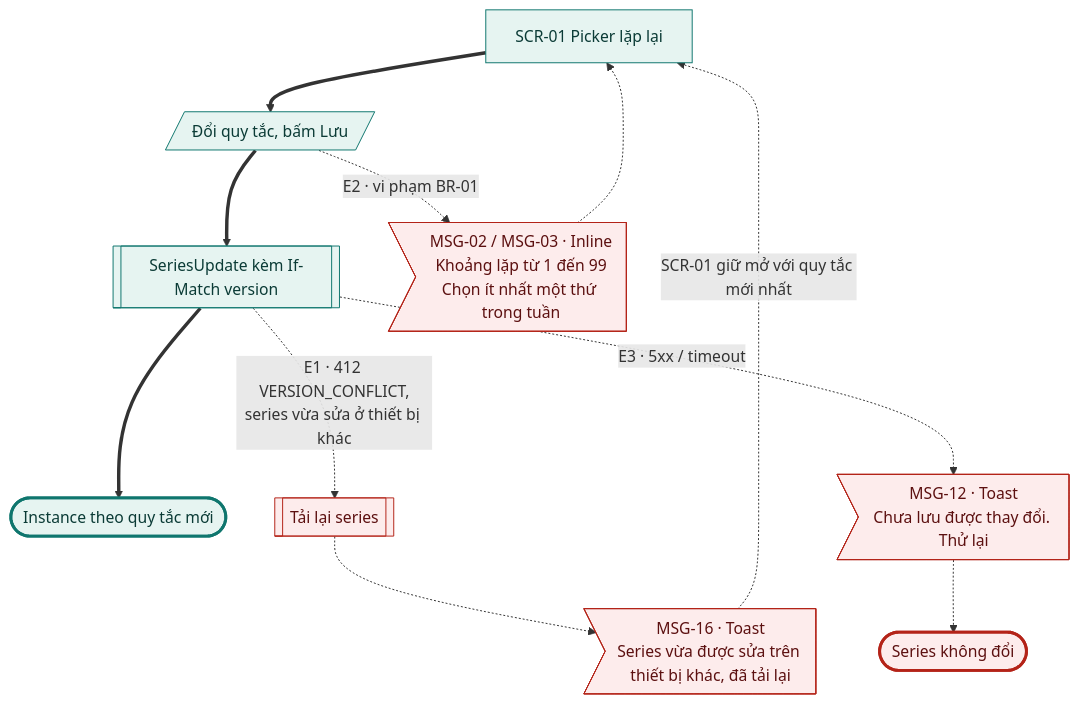
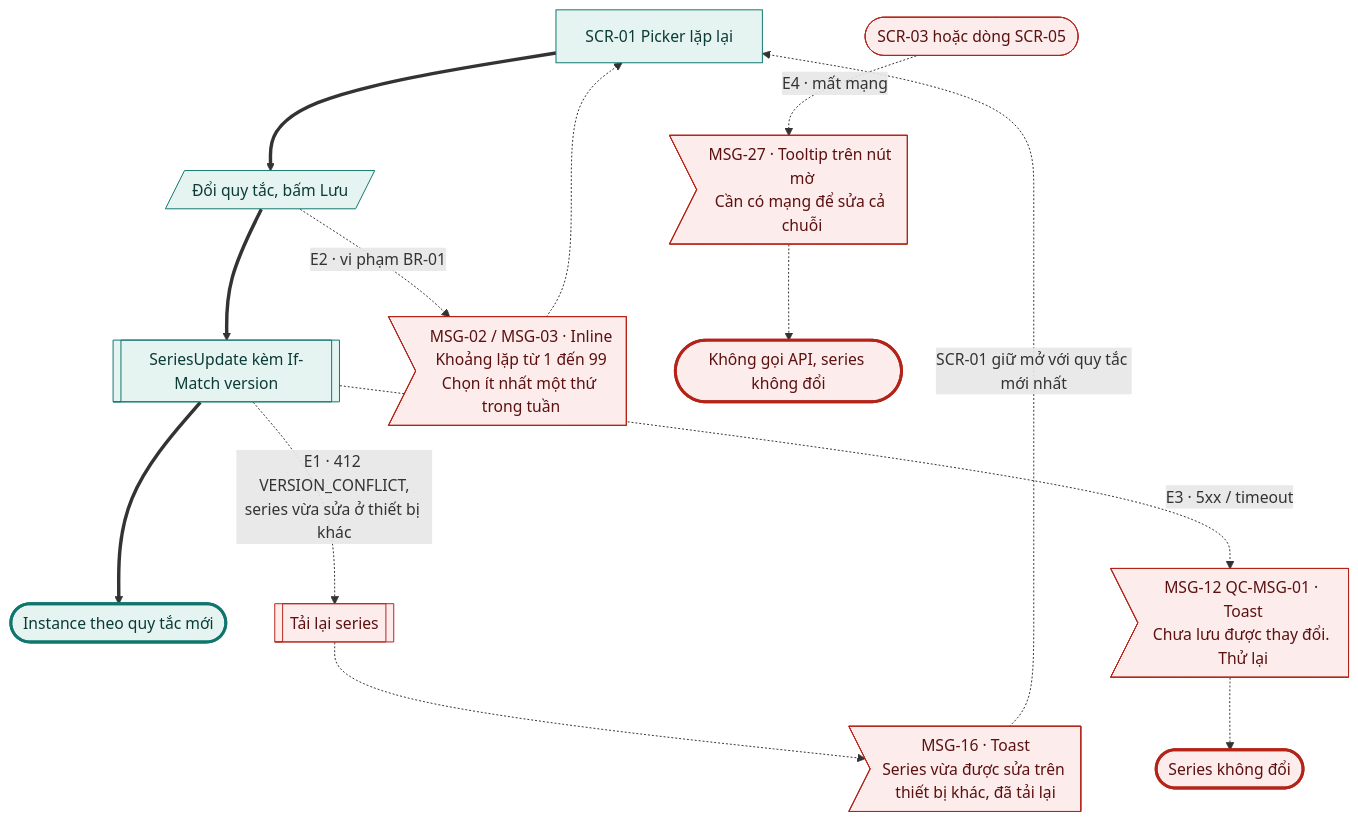
Before and after one commit to tannguyenho/personal-app: diagram 11 of 19 in docs/design-brief/flow/g03-task-lap-lai.md, drawn with Mermaid. The commit also changed other lines of this file and 5 other files, not shown here.

First line of the commit message:
docs(G03, G06): áp quyết định PO 09/11 vào SRS, PRD, flow

````diff
--- a/docs/design-brief/flow/g03-task-lap-lai.md
+++ b/docs/design-brief/flow/g03-task-lap-lai.md
@@ -444,30 +450,32 @@
 ```mermaid
 flowchart TD
   s2["SCR-01 Picker lặp lại"]
   u3[/"Đổi quy tắc, bấm Lưu"/]
   p1[["SeriesUpdate kèm If-Match version"]]
   ok(["Instance theo quy tắc mới"])
   s2 ==> u3 ==> p1 ==> ok
 
   u3 -.->|"E2 · vi phạm BR-01"| e2m>"MSG-02 / MSG-03 · Inline<br/>Khoảng lặp từ 1 đến 99<br/>Chọn ít nhất một thứ trong tuần"]
   e2m -.-> s2
   p1 -.->|"E1 · 412 VERSION_CONFLICT,<br/>series vừa sửa ở thiết bị khác"| e1[["Tải lại series"]]
   e1 -.-> e1m>"MSG-16 · Toast<br/>Series vừa được sửa trên thiết bị khác, đã tải lại"]
   e1m -.->|"SCR-01 giữ mở với quy tắc mới nhất"| s2
-  p1 -.->|"E3 · 5xx / timeout"| e3m>"MSG-12 · Toast<br/>Chưa lưu được thay đổi. Thử lại"]
+  p1 -.->|"E3 · 5xx / timeout"| e3m>"MSG-12 QC-MSG-01 · Toast<br/>Chưa lưu được thay đổi. Thử lại"]
   e3m -.-> fail(["Series không đổi"])
+  e4s(["SCR-03 hoặc dòng SCR-05"]) -.->|"E4 · mất mạng"| e4m>"MSG-27 · Tooltip trên nút mờ<br/>Cần có mạng để sửa cả chuỗi"]
+  e4m -.-> e4(["Không gọi API, series không đổi"])
 
   class s2,u3,p1 happy
-  class e2m,e1,e1m,e3m err
+  class e2m,e1,e1m,e3m,e4s,e4m err
   class ok done
-  class fail fail
+  class fail,e4 fail
   classDef happy fill:#E6F4F1,stroke:#0F766E,color:#0B3B36
   classDef alt fill:#F1F3F5,stroke:#6B7280,color:#1F2937
   classDef err fill:#FDECEC,stroke:#B42318,color:#5C1010
   classDef warn fill:#FEF4E2,stroke:#B45309,color:#4A2604
   classDef ai fill:#F1ECFD,stroke:#6D28D9,color:#2E1065
   classDef sync fill:#FFFFFF,stroke:#6B7280,stroke-dasharray:4 3,color:#1F2937
   classDef link fill:#FFFFFF,stroke:#0F766E,stroke-dasharray:4 3,color:#0B3B36
   classDef done fill:#E6F4F1,stroke:#0F766E,stroke-width:3px,color:#0B3B36
   classDef fail fill:#FDECEC,stroke:#B42318,stroke-width:3px,color:#5C1010
 ```
````
